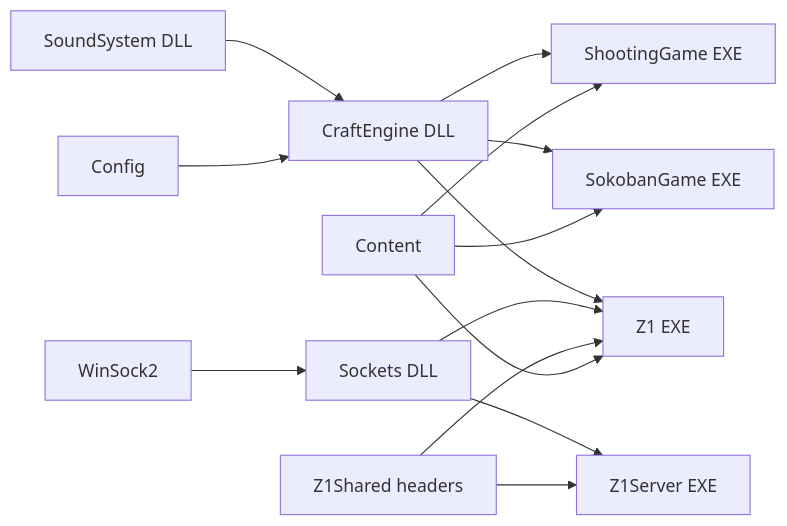
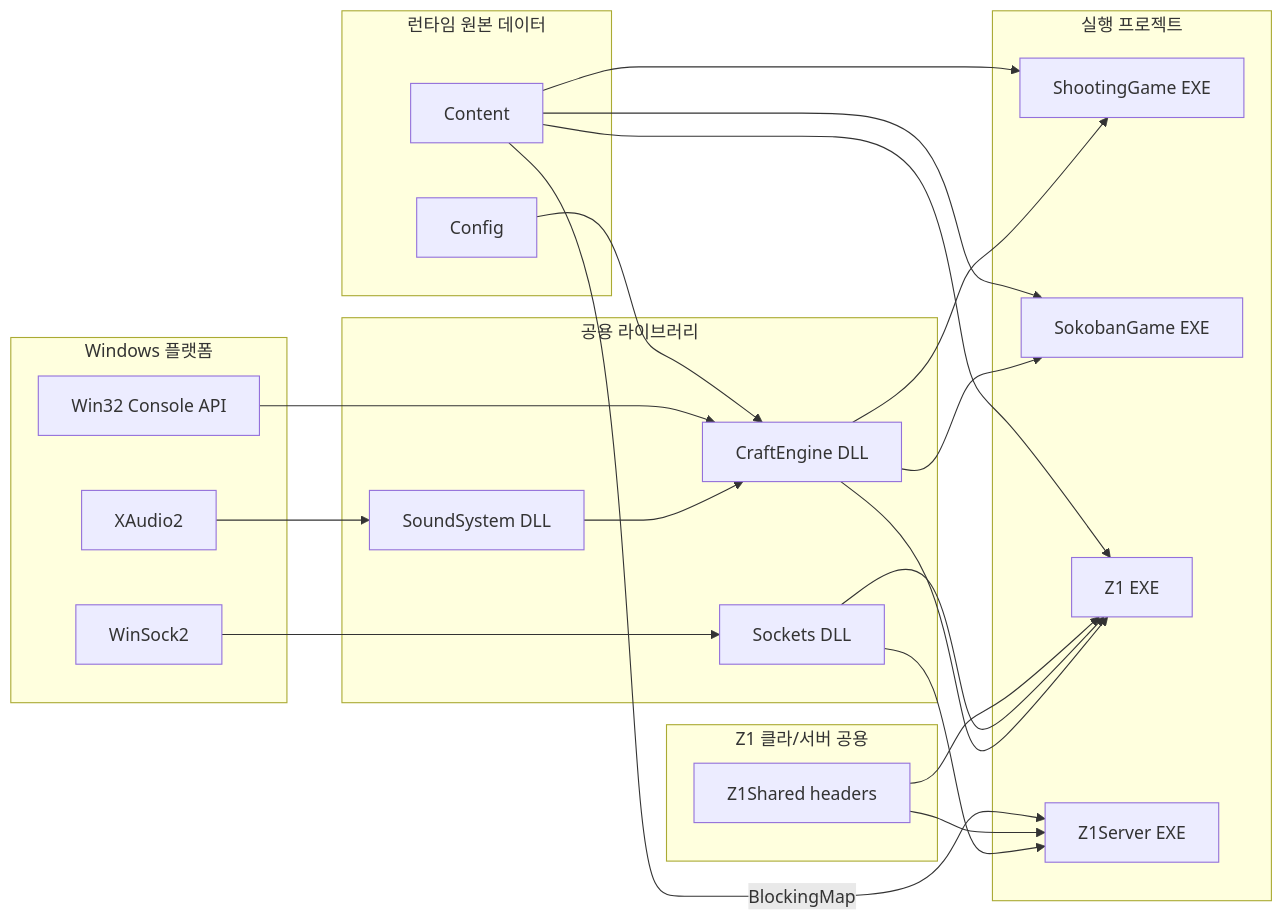
The first of 2 diagrams in docs/ARCHITECTURE.md (9kyo-hwang/ConsoleGameProject), drawn with Mermaid before and after one commit. The commit also changed other lines of this file and 5 other files, not shown here.

First line of the commit message:
[docs] mermaid 기반 그래프 추가 등 문서 내용 보강

````diff
--- a/docs/ARCHITECTURE.md
+++ b/docs/ARCHITECTURE.md
@@ -9,16 +9,48 @@
 ```mermaid
 flowchart LR
-    Sound[SoundSystem DLL] --> Engine[CraftEngine DLL]
-    Engine --> Shooting[ShootingGame EXE]
-    Engine --> Sokoban[SokobanGame EXE]
-    Engine --> Z1[Z1 EXE]
-    Winsock[WinSock2] --> Sockets[Sockets DLL]
+    subgraph Platform[Windows 플랫폼]
+        XAudio[XAudio2]
+        Winsock[WinSock2]
+        Console[Win32 Console API]
+    end
+
+    subgraph Libraries[공용 라이브러리]
+        Sound[SoundSystem DLL]
+        Engine[CraftEngine DLL]
+        Sockets[Sockets DLL]
+    end
+
+    subgraph Contracts[Z1 클라/서버 공용]
+        Shared[Z1Shared headers]
+    end
+
+    subgraph Applications[실행 프로젝트]
+        Shooting[ShootingGame EXE]
+        Sokoban[SokobanGame EXE]
+        Z1[Z1 EXE]
+        Server[Z1Server EXE]
+    end
+
+    subgraph Data[런타임 원본 데이터]
+        Config[Config]
+        Content[Content]
+    end
+
+    XAudio --> Sound --> Engine
+    Console --> Engine
+    Winsock --> Sockets
+
+    Engine --> Shooting
+    Engine --> Sokoban
+    Engine --> Z1
     Sockets --> Z1
-    Sockets --> Server[Z1Server EXE]
-    Shared[Z1Shared headers] --> Z1
+    Sockets --> Server
+    Shared --> Z1
     Shared --> Server
-    Config[Config] --> Engine
-    Content[Content] --> Shooting
+
+    Config --> Engine
+    Content --> Shooting
     Content --> Sokoban
     Content --> Z1
+    Content -->|BlockingMap| Server
 ```
````
